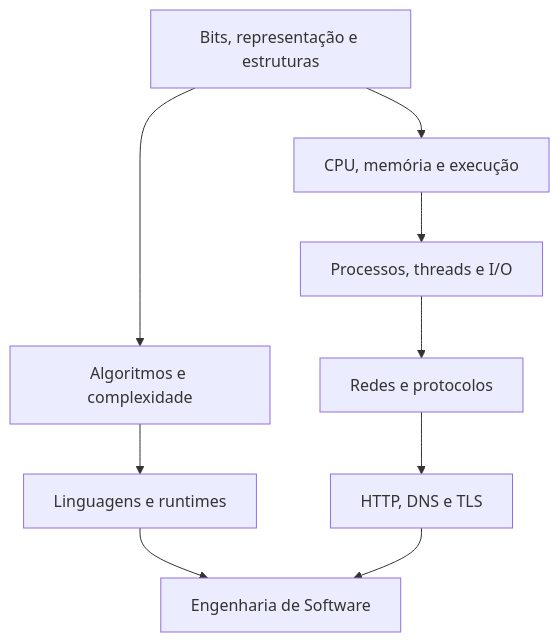
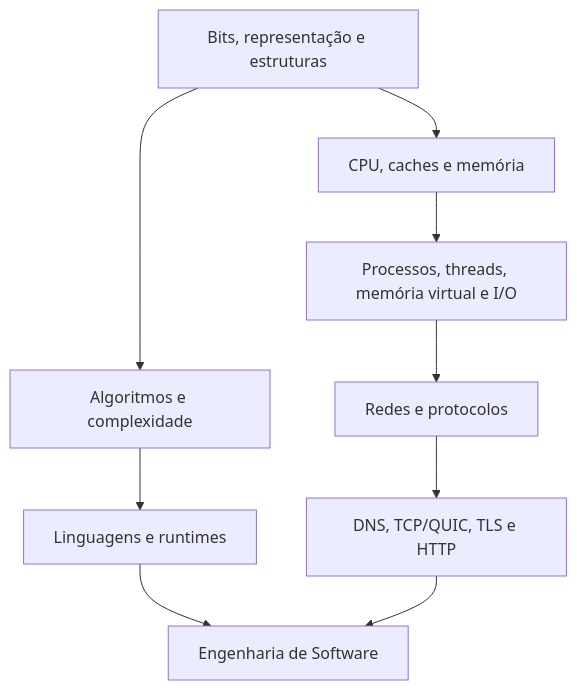
The first of 2 diagrams in fundamentals/README.md (blasther12/alexandria), drawn with Mermaid before and after one commit. The commit also changed other lines of this file, not shown here.

````diff
--- a/fundamentals/README.md
+++ b/fundamentals/README.md
@@ -9,11 +19,11 @@
 ```mermaid
 flowchart TD
-    DATA[Bits, representação e estruturas] --> CPU[CPU, memória e execução]
-    CPU --> OS[Processos, threads e I/O]
+    DATA[Bits, representação e estruturas] --> CPU[CPU, caches e memória]
+    CPU --> OS[Processos, threads, memória virtual e I/O]
     OS --> NET[Redes e protocolos]
     DATA --> ALG[Algoritmos e complexidade]
     ALG --> LANG[Linguagens e runtimes]
-    NET --> WEB[HTTP, DNS e TLS]
+    NET --> WEB[DNS, TCP/QUIC, TLS e HTTP]
     LANG --> ENG[Engenharia de Software]
     WEB --> ENG
 ```
````
